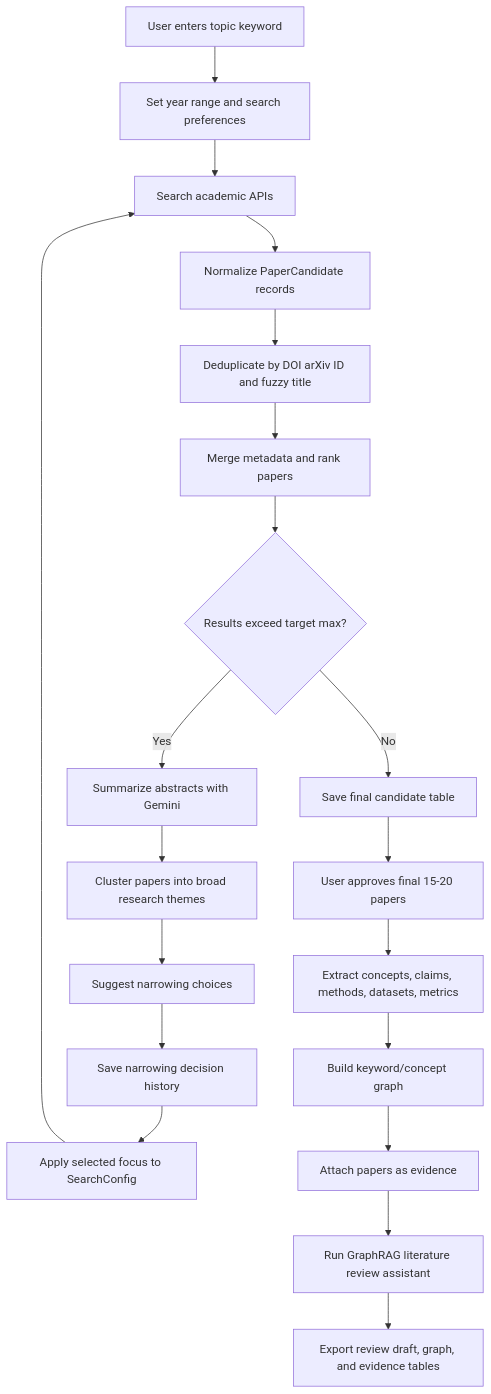
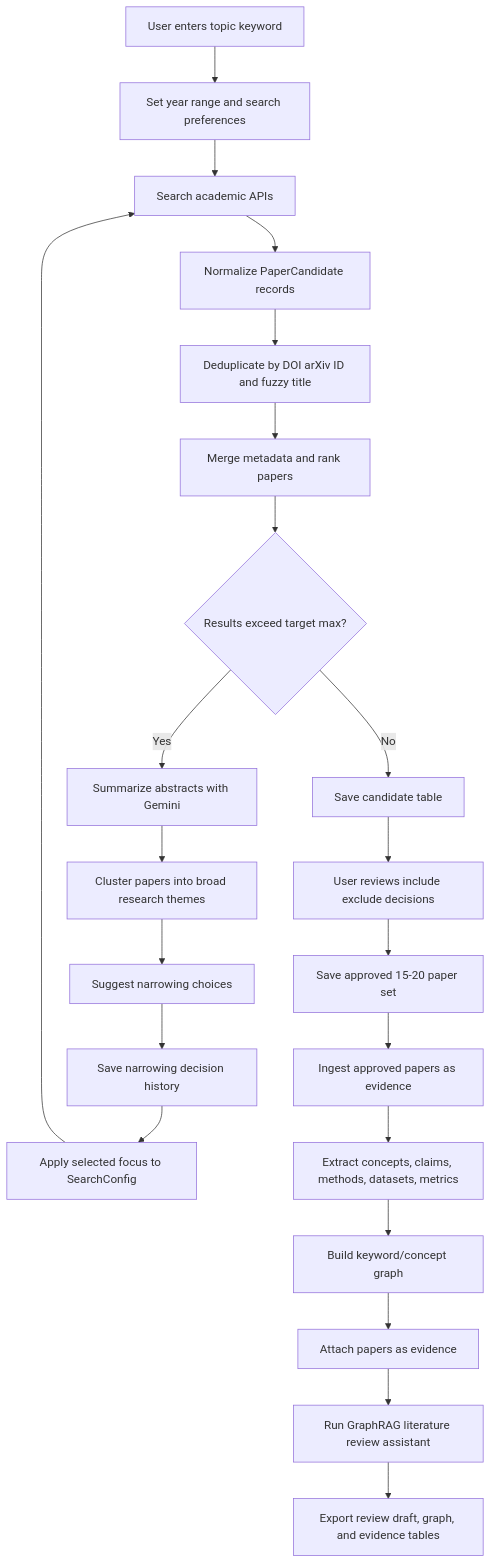
The first of 3 diagrams in README.md (luythoangduy/LiteratureWikiGraphRAG), drawn with Mermaid before and after one commit. The commit also changed other lines of this file, not shown here.

Commit message:
Update literature review repair plan

````diff
--- a/README.md
+++ b/README.md
@@ -13,22 +13,24 @@
 ```mermaid
 flowchart TD
   A[User enters topic keyword] --> B[Set year range and search preferences]
   B --> C[Search academic APIs]
   C --> D[Normalize PaperCandidate records]
   D --> E[Deduplicate by DOI arXiv ID and fuzzy title]
   E --> F[Merge metadata and rank papers]
   F --> G{Results exceed target max?}
   G -- Yes --> H[Summarize abstracts with Gemini]
   H --> I[Cluster papers into broad research themes]
   I --> J[Suggest narrowing choices]
   J --> K[Save narrowing decision history]
   K --> L[Apply selected focus to SearchConfig]
   L --> C
-  G -- No --> M[Save final candidate table]
-  M --> N[User approves final 15-20 papers]
-  N --> O[Extract concepts, claims, methods, datasets, metrics]
-  O --> P[Build keyword/concept graph]
-  P --> Q[Attach papers as evidence]
-  Q --> R[Run GraphRAG literature review assistant]
-  R --> S[Export review draft, graph, and evidence tables]
+  G -- No --> M[Save candidate table]
+  M --> N[User reviews include exclude decisions]
+  N --> O[Save approved 15-20 paper set]
+  O --> P[Ingest approved papers as evidence]
+  P --> Q[Extract concepts, claims, methods, datasets, metrics]
+  Q --> R[Build keyword/concept graph]
+  R --> S[Attach papers as evidence]
+  S --> T[Run GraphRAG literature review assistant]
+  T --> U[Export review draft, graph, and evidence tables]
 ```
````
